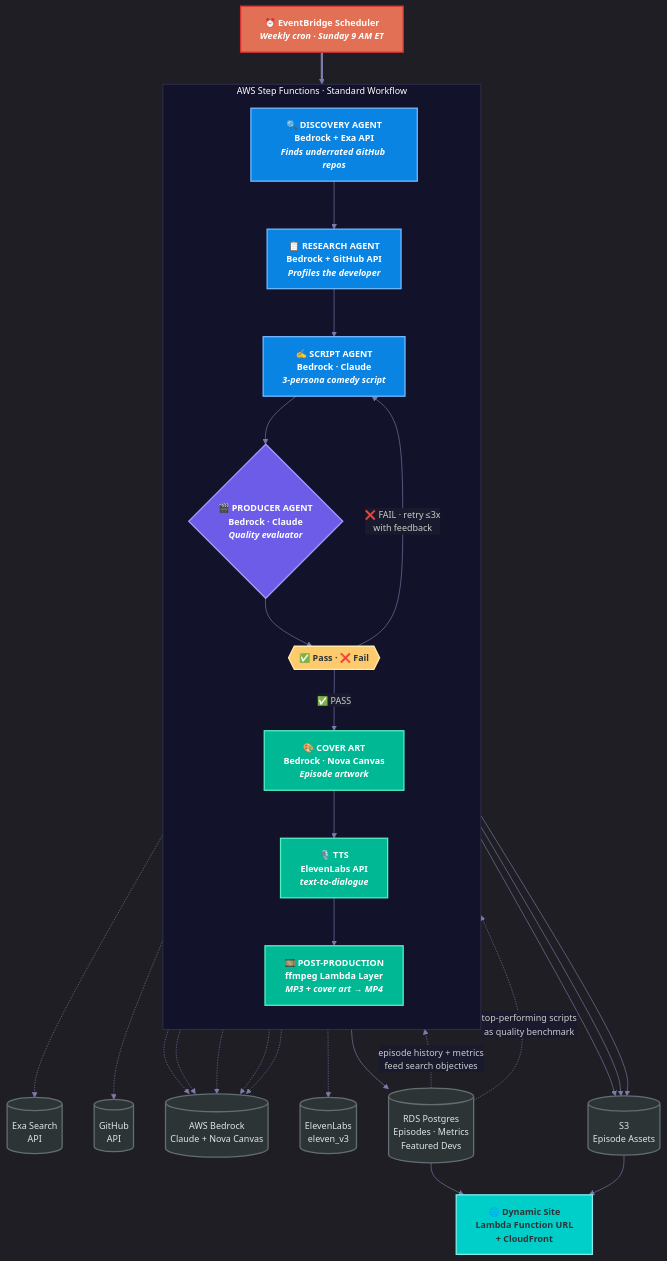
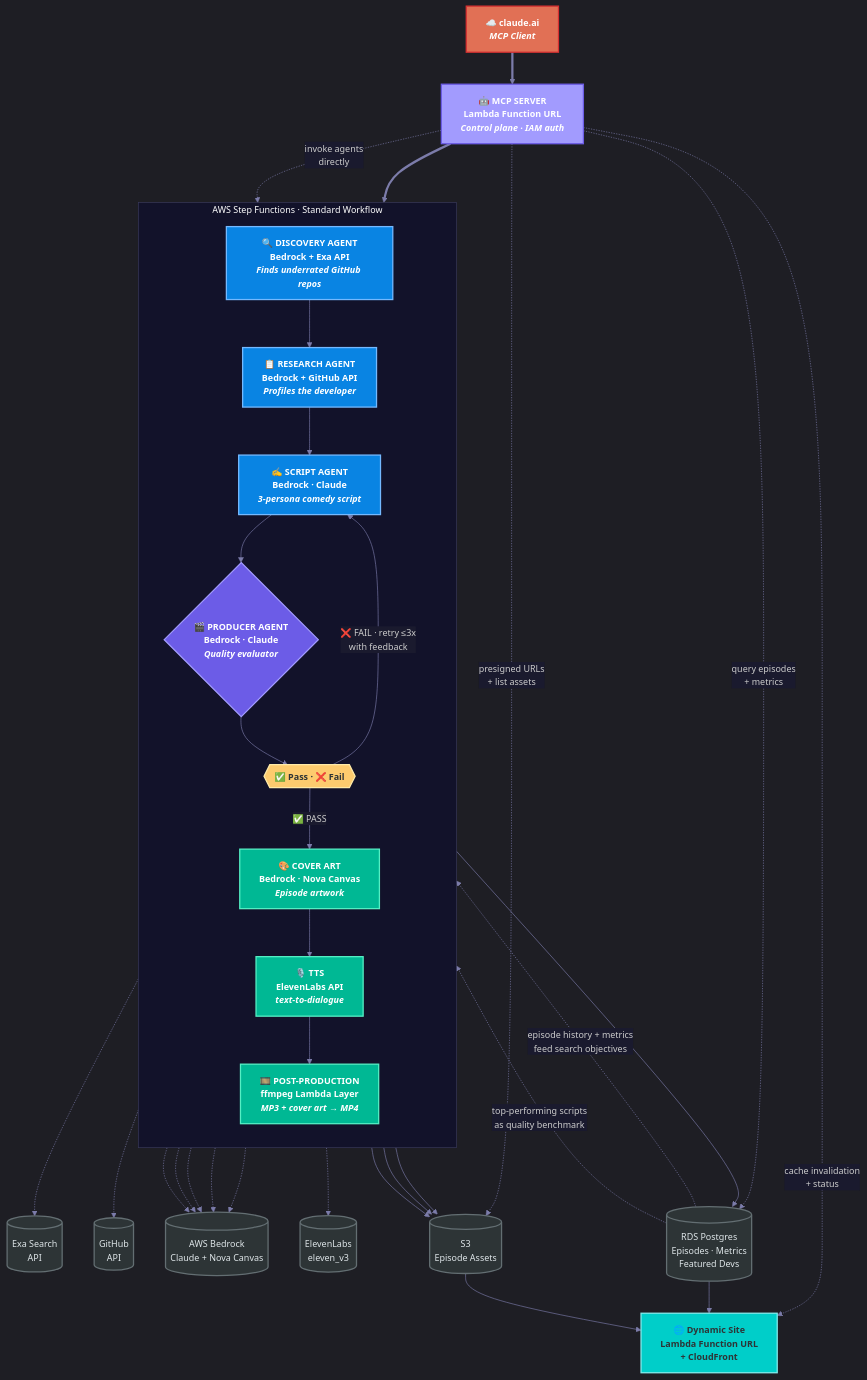
One commit to rhprasad0/closed-loop-ai-podcast changed the diagram in architecture.mermaid. Above: the diagram before and after it, drawn with Mermaid. The commit also changed 4 other files, not shown here.

First line of the commit message:
Add MCP server spec: control plane replacing EventBridge cron

```diff
--- a/architecture.mermaid
+++ b/architecture.mermaid
@@ -1,74 +1,82 @@
 %%{init: {'theme': 'dark', 'themeVariables': {'primaryColor': '#1a1a2e', 'primaryTextColor': '#e0e0e0', 'primaryBorderColor': '#4a4a6a', 'lineColor': '#7c7caa', 'secondaryColor': '#16213e', 'tertiaryColor': '#0f3460', 'background': '#0a0a1a', 'mainBkg': '#1a1a2e', 'nodeBorder': '#4a4a6a', 'clusterBkg': '#12122a', 'clusterBorder': '#3a3a5c', 'titleColor': '#ffffff', 'edgeLabelBackground': '#1a1a2e', 'fontFamily': 'Inter, Segoe UI, sans-serif', 'fontSize': '14px'}}}%%
 
 graph TB
-    CRON["⏰ EventBridge Scheduler<br/><i>Weekly cron · Sunday 9 AM ET</i>"]
+    CLAUDEAI["☁️ claude.ai<br/><i>MCP Client</i>"]
+    MCP["🤖 MCP SERVER<br/>Lambda Function URL<br/><i>Control plane · IAM auth</i>"]
 
     subgraph SF["  AWS Step Functions · Standard Workflow  "]
         direction TB
 
         DISCOVERY["🔍 DISCOVERY AGENT<br/>Bedrock + Exa API<br/><i>Finds underrated GitHub repos</i>"]
         RESEARCH["📋 RESEARCH AGENT<br/>Bedrock + GitHub API<br/><i>Profiles the developer</i>"]
         SCRIPT["✍️ SCRIPT AGENT<br/>Bedrock · Claude<br/><i>3-persona comedy script</i>"]
         PRODUCER{"🎬 PRODUCER AGENT<br/>Bedrock · Claude<br/><i>Quality evaluator</i>"}
         CHOICE{{"✅ Pass · ❌ Fail"}}
         COVERART["🎨 COVER ART<br/>Bedrock · Nova Canvas<br/><i>Episode artwork</i>"]
         TTS["🎙️ TTS<br/>ElevenLabs API<br/><i>text-to-dialogue</i>"]
         POSTPROD["🎞️ POST-PRODUCTION<br/>ffmpeg Lambda Layer<br/><i>MP3 + cover art → MP4</i>"]
 
         DISCOVERY --> RESEARCH
         RESEARCH --> SCRIPT
         SCRIPT --> PRODUCER
         PRODUCER --> CHOICE
         CHOICE -- "❌ FAIL · retry ≤3x<br/>with feedback" --> SCRIPT
         CHOICE -- "✅ PASS" --> COVERART
         COVERART --> TTS
         TTS --> POSTPROD
     end
 
     EXA[("Exa Search<br/>API")]
     GITHUB[("GitHub<br/>API")]
     BEDROCK[("AWS Bedrock<br/>Claude + Nova Canvas")]
     ELEVENLABS[("ElevenLabs<br/>eleven_v3")]
 
     S3[("S3<br/>Episode Assets")]
     RDS[("RDS Postgres<br/>Episodes · Metrics<br/>Featured Devs")]
     SITE["🌐 Dynamic Site<br/>Lambda Function URL<br/>+ CloudFront"]
 
-    CRON ==> SF
+    CLAUDEAI ==> MCP
+    MCP ==> SF
+    MCP -. "invoke agents<br/>directly" .-> SF
+    MCP -. "query episodes<br/>+ metrics" .-> RDS
+    MCP -. "presigned URLs<br/>+ list assets" .-> S3
+    MCP -. "cache invalidation<br/>+ status" .-> SITE
 
     DISCOVERY -.-> EXA
     DISCOVERY -.-> BEDROCK
     RESEARCH -.-> GITHUB
     RESEARCH -.-> BEDROCK
     SCRIPT -.-> BEDROCK
     PRODUCER -.-> BEDROCK
     COVERART -.-> BEDROCK
     TTS -.-> ELEVENLABS
 
     RDS -. "episode history + metrics<br/>feed search objectives" .-> DISCOVERY
     RDS -. "top-performing scripts<br/>as quality benchmark" .-> PRODUCER
 
     COVERART --> S3
     TTS --> S3
     POSTPROD --> S3
     POSTPROD --> RDS
     RDS --> SITE
     S3 --> SITE
 
     classDef trigger fill:#e17055,stroke:#d63031,color:#fff,font-weight:bold,stroke-width:2px
+    classDef mcp fill:#a29bfe,stroke:#6c5ce7,color:#fff,font-weight:bold,stroke-width:2px
     classDef agent fill:#0984e3,stroke:#74b9ff,color:#fff,font-weight:bold,stroke-width:2px
     classDef evaluator fill:#6c5ce7,stroke:#a29bfe,color:#fff,font-weight:bold,stroke-width:2px
     classDef choice fill:#fdcb6e,stroke:#ffeaa7,color:#2d3436,font-weight:bold,stroke-width:2px
     classDef process fill:#00b894,stroke:#55efc4,color:#fff,font-weight:bold,stroke-width:2px
     classDef external fill:#2d3436,stroke:#636e72,color:#dfe6e9,stroke-width:2px
     classDef storage fill:#2d3436,stroke:#636e72,color:#dfe6e9,stroke-width:2px
     classDef site fill:#00cec9,stroke:#81ecec,color:#2d3436,font-weight:bold,stroke-width:2px
 
-    class CRON trigger
+    class CLAUDEAI trigger
+    class MCP mcp
     class DISCOVERY,RESEARCH,SCRIPT agent
     class PRODUCER evaluator
     class CHOICE choice
     class COVERART,TTS,POSTPROD process
     class EXA,GITHUB,BEDROCK,ELEVENLABS external
     class S3,RDS storage
     class SITE site
```
